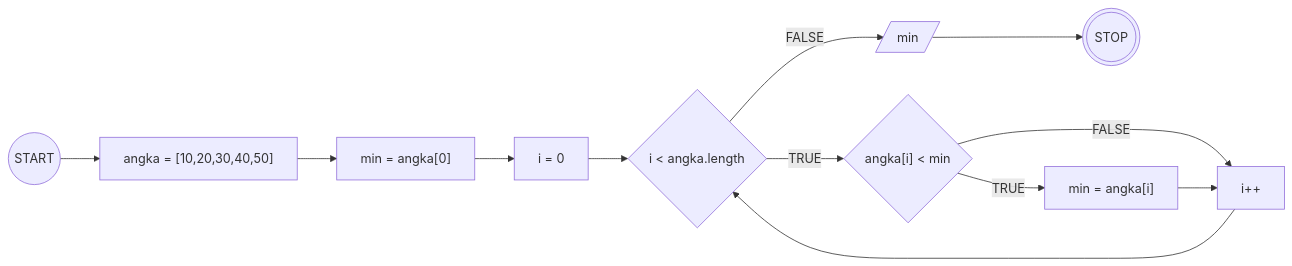
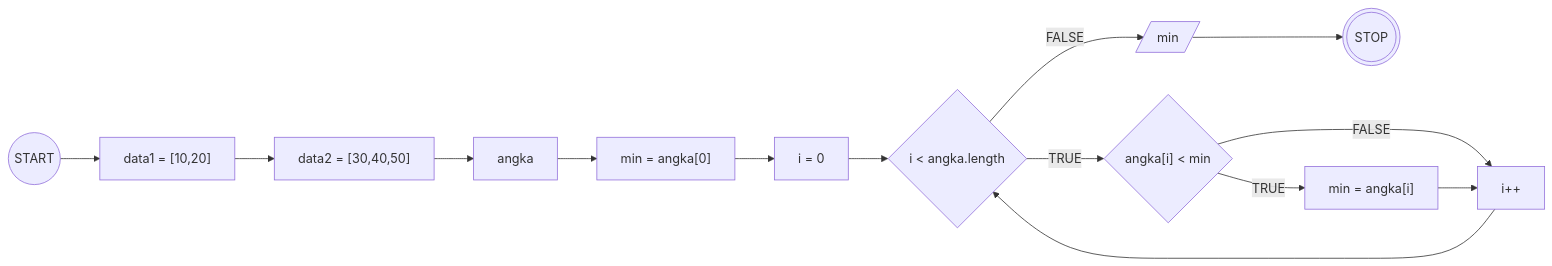
One commit to ktsrqsdev/koda-b10-javascript4 changed the second of 3 diagrams in README.md. Above: the diagram before and after it, drawn with Mermaid. The commit also changed other lines of this file, not shown here.

````diff
--- a/README.md
+++ b/README.md
@@ -34,30 +38,34 @@
 ``` mermaid
 flowchart LR
     start((START))
     stop(((STOP)))
 
-    array["angka = [10,20,30,40,50]"]
+    array["data1 = [10,20]"]
+    array2["data2 = [30,40,50]"]
+    angka["angka"]
     min["min = angka[0]"]
     I[i = 0]
     reassign["min = angka[i]"]
     loop[i++]
     output[/min/]
     
     konI{i < angka.length}
     cekmin{"angka[i] < min"}
 
 
 
 
     start --> array
-    array --> min
+    array --> array2
+    array2 --> angka
+    angka --> min
     min --> I
     I --> konI
     konI --TRUE--> cekmin
     cekmin --FALSE--> loop
     cekmin --TRUE--> reassign
     reassign --> loop
     loop --> konI
     konI --FALSE--> output
     output --> stop
 ```
````
